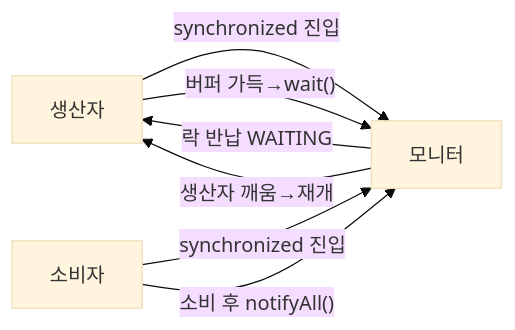
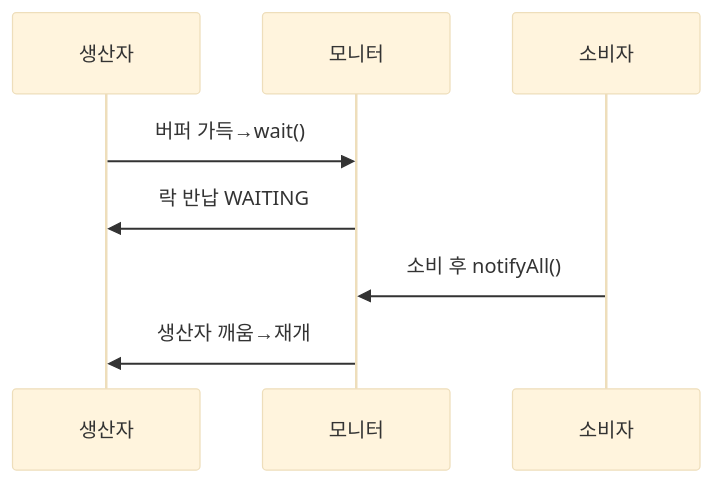
The fifth of 6 diagrams in _posts/java/2026-05-01-java-object-class.md (yjkim2015/yjkim2015.github.io), drawn with Mermaid (base theme) before and after one commit. The commit also changed 89 other files, not shown here.

First line of the commit message:
복잡한 flowchart 163개 → sequenceDiagram 변환 (90파일)

````diff
--- a/_posts/java/2026-05-01-java-object-class.md
+++ b/_posts/java/2026-05-01-java-object-class.md
@@ -572,9 +572,7 @@
 ```mermaid
-graph LR
-    P["생산자"] -->|"synchronized 진입"| M["모니터"]
-    P -->|"버퍼 가득→wait()"| M
-    M -->|"락 반납 WAITING"| P
-    C["소비자"] -->|"synchronized 진입"| M
-    C -->|"소비 후 notifyAll()"| M
-    M -->|"생산자 깨움→재개"| P
+sequenceDiagram
+    생산자->>모니터: 버퍼 가득→wait()
+    모니터->>생산자: 락 반납 WAITING
+    소비자->>모니터: 소비 후 notifyAll()
+    모니터->>생산자: 생산자 깨움→재개
 ```
````
